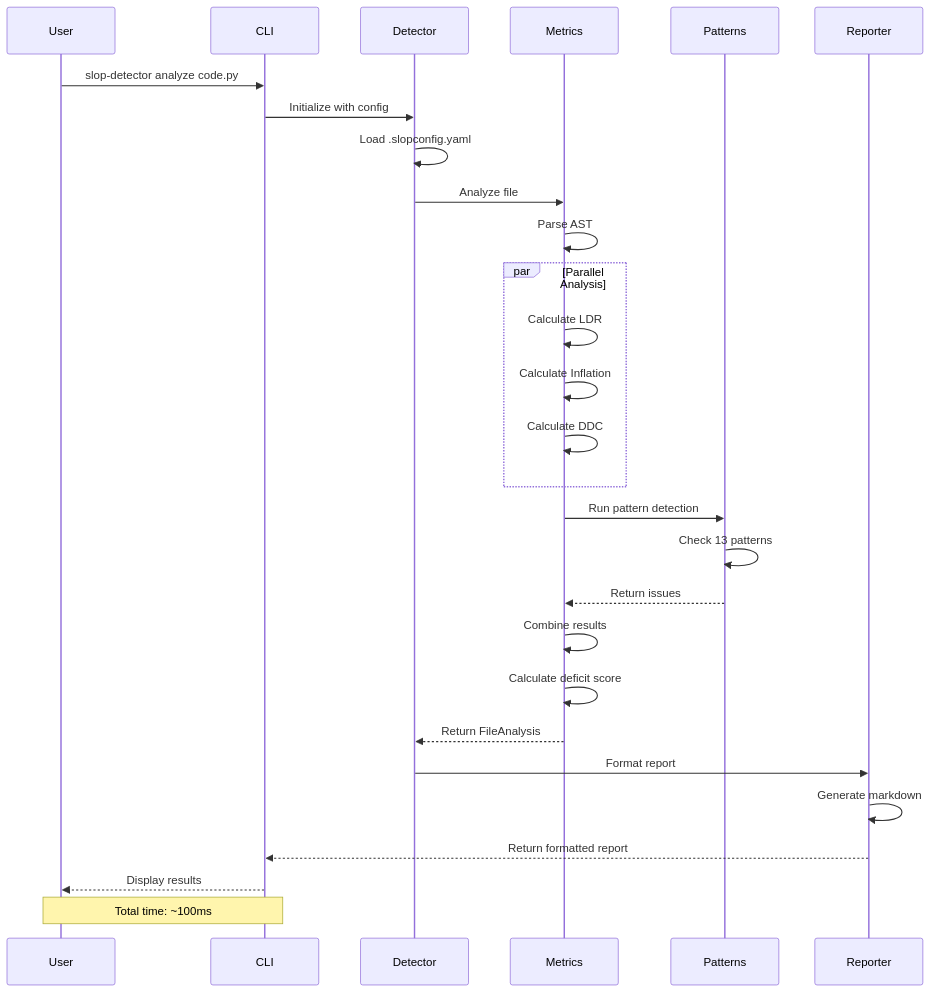
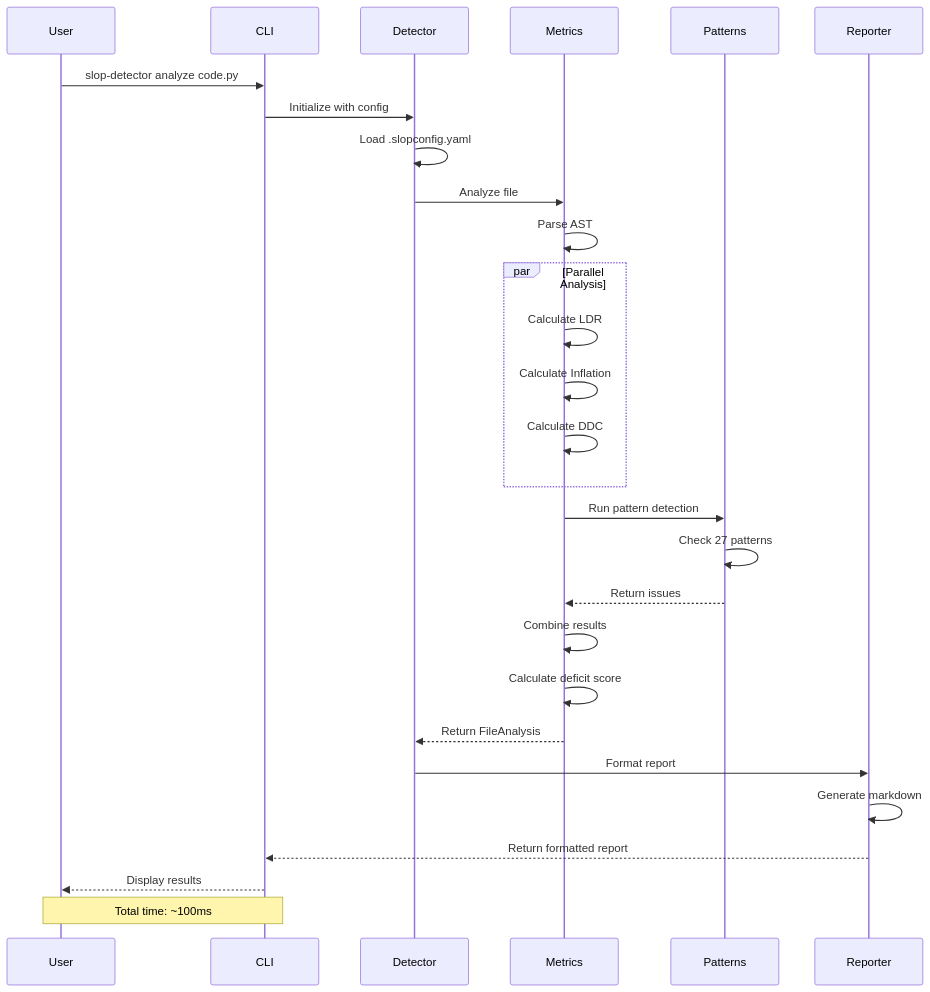
The seventh of 14 diagrams in docs/HOW_IT_WORKS.md (flamehaven01/AI-SLOP-Detector), drawn with Mermaid before and after one commit. The commit also changed other lines of this file, not shown here.

First line of the commit message:
docs(how-it-works): update diagrams for v3.5.0

````diff
--- a/docs/HOW_IT_WORKS.md
+++ b/docs/HOW_IT_WORKS.md
@@ -271,37 +297,37 @@
 ```mermaid
 sequenceDiagram
     participant U as User
     participant CLI as CLI
     participant D as Detector
     participant M as Metrics
     participant P as Patterns
     participant R as Reporter
     
     U->>CLI: slop-detector analyze code.py
     CLI->>D: Initialize with config
     D->>D: Load .slopconfig.yaml
     
     D->>M: Analyze file
     M->>M: Parse AST
     
     par Parallel Analysis
         M->>M: Calculate LDR
         M->>M: Calculate Inflation
         M->>M: Calculate DDC
     end
     
     M->>P: Run pattern detection
-    P->>P: Check 13 patterns
+    P->>P: Check 27 patterns
     P-->>M: Return issues
     
     M->>M: Combine results
     M->>M: Calculate deficit score
     M-->>D: Return FileAnalysis
     
     D->>R: Format report
     R->>R: Generate markdown
     R-->>CLI: Return formatted report
     CLI-->>U: Display results
     
     Note over U,CLI: Total time: ~100ms
 ```
````
